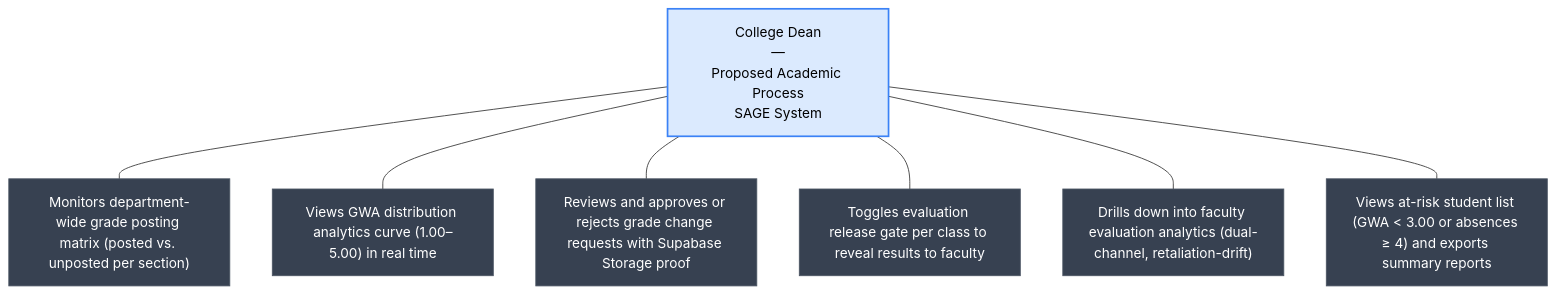
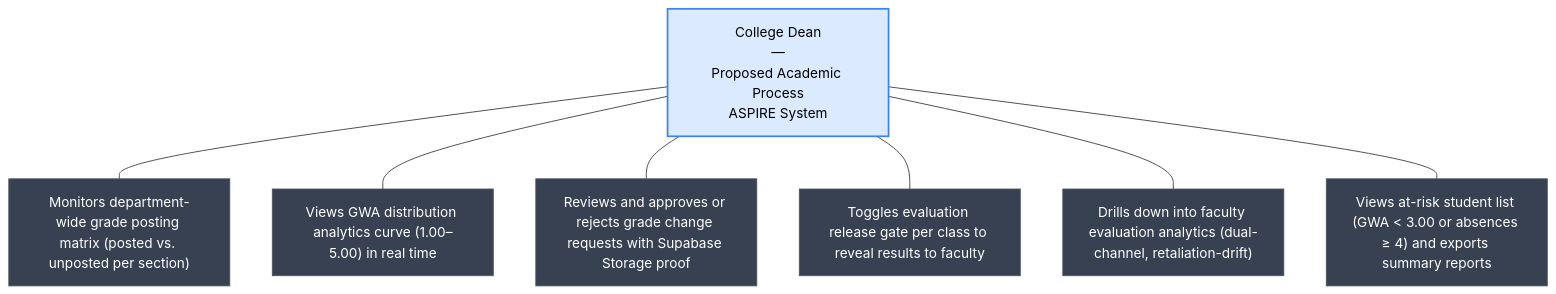
One commit to kurarensu16/sage changed the eighth of 18 diagrams in docs/references/Chapter12_Text_Updated.md. Above: the diagram before and after it, drawn with Mermaid. The commit also changed other lines of this file and 96 other files, not shown here.

Commit message:
feat: complete ASPIRE system updates

````diff
--- a/docs/references/Chapter12_Text_Updated.md
+++ b/docs/references/Chapter12_Text_Updated.md
@@ -681,21 +681,21 @@
 ```mermaid
 graph TD
     classDef center fill:#dbeafe,stroke:#3b82f6,stroke-width:2px,color:#000;
     classDef spoke  fill:#374151,stroke:#4b5563,stroke-width:1px,color:#fff;
 
-    CENTER["College Dean<br>—<br>Proposed Academic Process<br>SAGE System"]:::center
+    CENTER["College Dean<br>—<br>Proposed Academic Process<br>ASPIRE System"]:::center
 
     S1["Monitors department-wide grade posting matrix (posted vs. unposted per section)"]:::spoke
     S2["Views GWA distribution analytics curve (1.00–5.00) in real time"]:::spoke
     S3["Reviews and approves or rejects grade change requests with Supabase Storage proof"]:::spoke
     S4["Toggles evaluation release gate per class to reveal results to faculty"]:::spoke
     S5["Drills down into faculty evaluation analytics (dual-channel, retaliation-drift)"]:::spoke
     S6["Views at-risk student list (GWA < 3.00 or absences ≥ 4) and exports summary reports"]:::spoke
 
     CENTER --- S1
     CENTER --- S2
     CENTER --- S3
     CENTER --- S4
     CENTER --- S5
     CENTER --- S6
 ```
````
